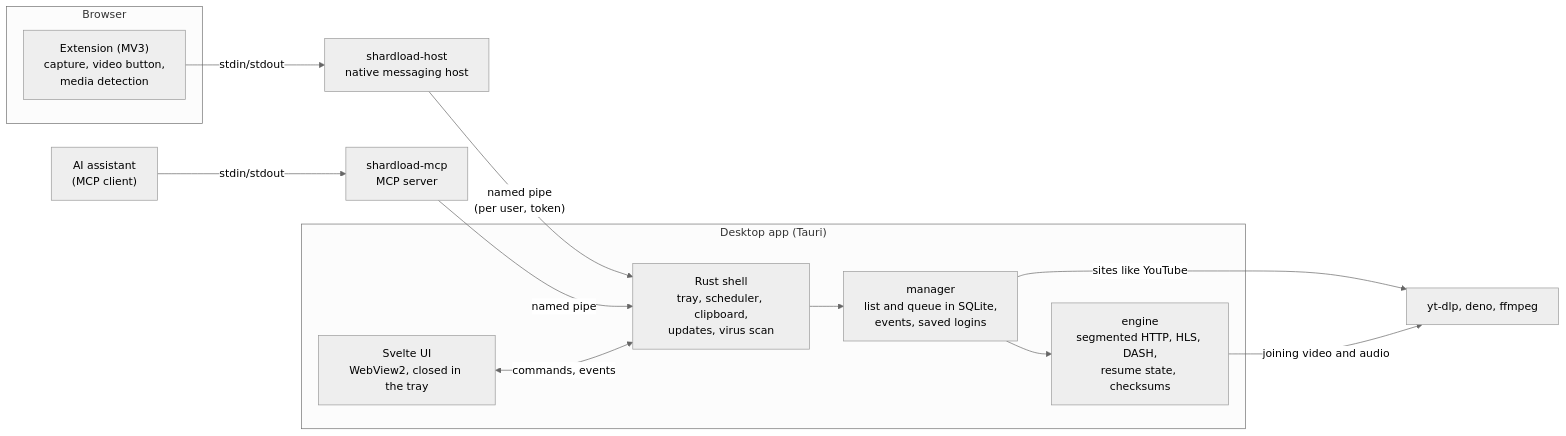
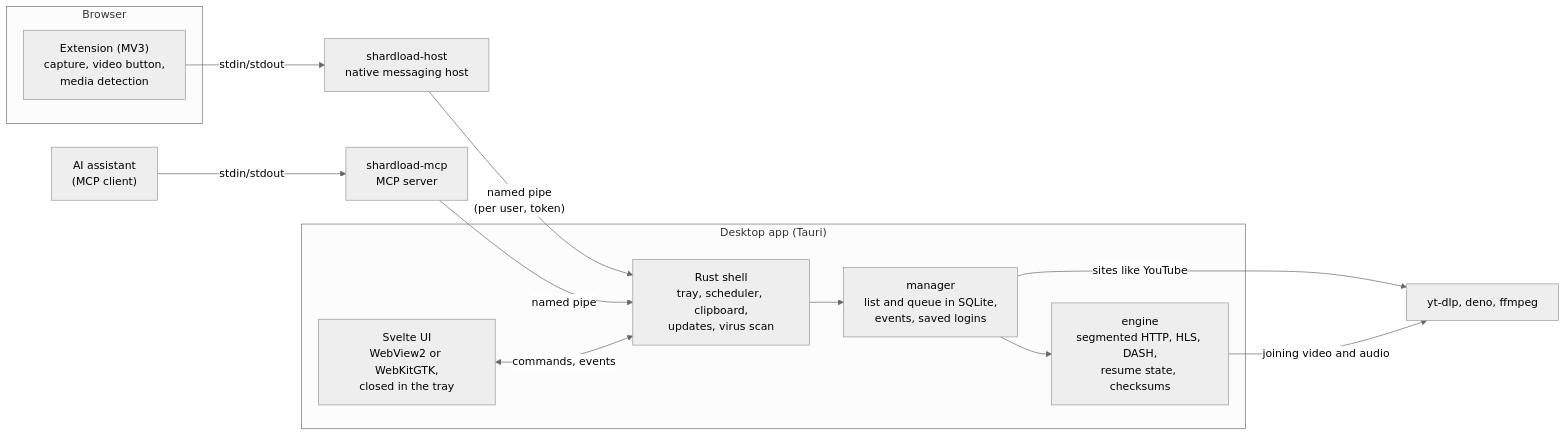
The diagram in README.md (monurpalan/idm-alternative), drawn with Mermaid (neutral theme) before and after one commit. The commit also changed other lines of this file and 4 other files, not shown here.

````diff
--- a/README.md
+++ b/README.md
@@ -371,24 +311,24 @@
 ```mermaid
 flowchart LR
     subgraph Browser
         ext["Extension (MV3)<br/>capture, video button,<br/>media detection"]
     end
     host["shardload-host<br/>native messaging host"]
     mcp["shardload-mcp<br/>MCP server"]
     assistant["AI assistant<br/>(MCP client)"]
     subgraph App["Desktop app (Tauri)"]
-        ui["Svelte UI<br/>WebView2, closed in the tray"]
+        ui["Svelte UI<br/>WebView2 or WebKitGTK,<br/>closed in the tray"]
         shell["Rust shell<br/>tray, scheduler, clipboard,<br/>updates, virus scan"]
         manager["manager<br/>list and queue in SQLite,<br/>events, saved logins"]
         engine["engine<br/>segmented HTTP, HLS, DASH,<br/>resume state, checksums"]
     end
     tools["yt-dlp, deno, ffmpeg"]
     ext -- "stdin/stdout" --> host
     host -- "named pipe<br/>(per user, token)" --> shell
     assistant -- "stdin/stdout" --> mcp
     mcp -- "named pipe" --> shell
     ui <-- "commands, events" --> shell
     shell --> manager --> engine
     manager -- "sites like YouTube" --> tools
     engine -- "joining video and audio" --> tools
 ```
````
